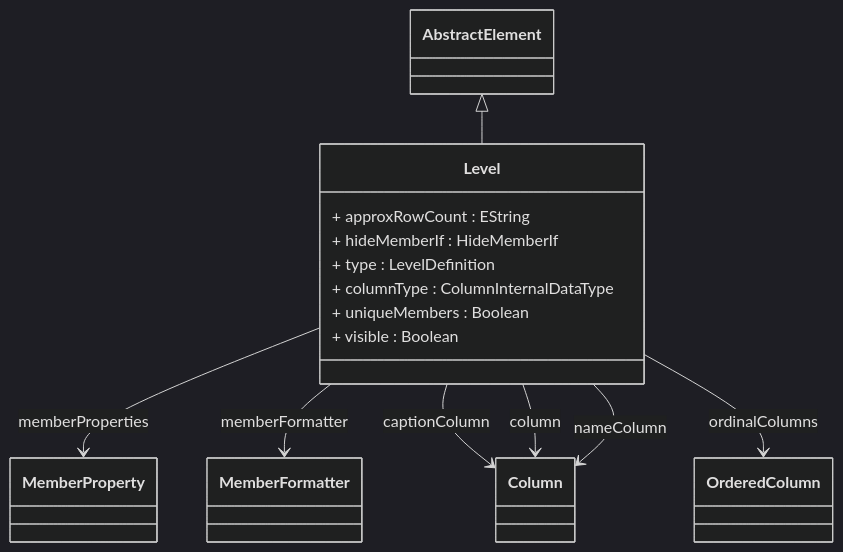
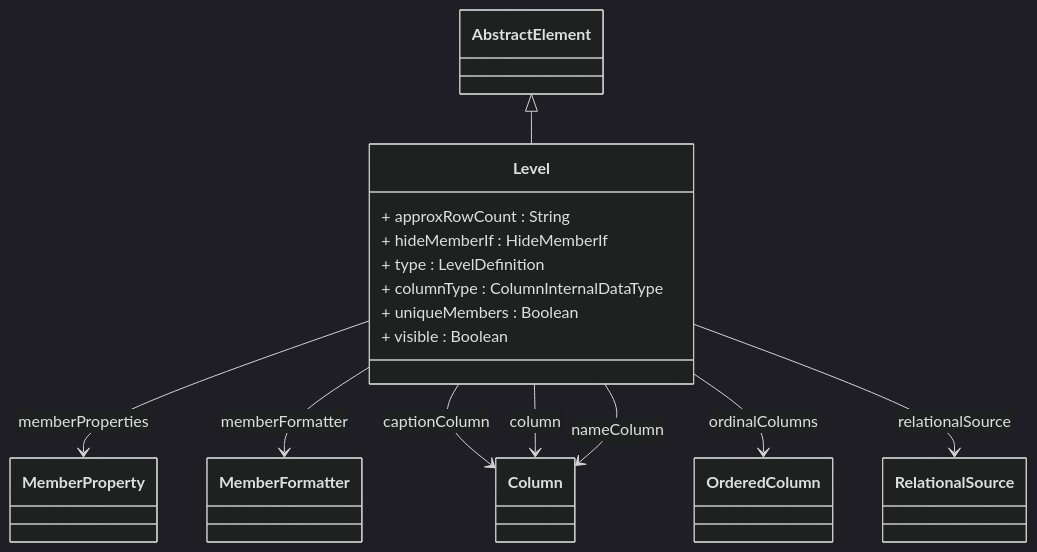
Before and after one commit to eclipse-daanse/eclipse-daanse.github.io: the diagram in docs/cubeserver/model/class-Level.md, drawn with Mermaid (dark theme). The commit also changed other lines of this file and 138 other files, not shown here.

````diff
--- a/docs/cubeserver/model/class-Level.md
+++ b/docs/cubeserver/model/class-Level.md
@@ -183,20 +196,21 @@
 ```mermaid
 classDiagram
   class Level {
-    + approxRowCount : EString
+    + approxRowCount : String
     + hideMemberIf : HideMemberIf
     + type : LevelDefinition
     + columnType : ColumnInternalDataType
     + uniqueMembers : Boolean
     + visible : Boolean
   }
 
   AbstractElement <|-- Level
   Level --> MemberProperty : memberProperties
   Level --> MemberFormatter : memberFormatter
   Level --> Column : captionColumn
   Level --> Column : column
   Level --> Column : nameColumn
   Level --> OrderedColumn : ordinalColumns
+  Level --> RelationalSource : relationalSource
 
 ```
````
